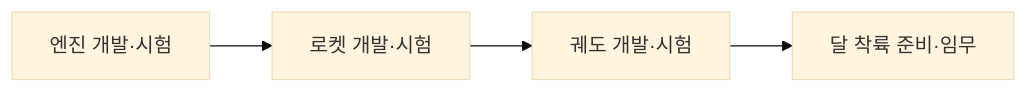
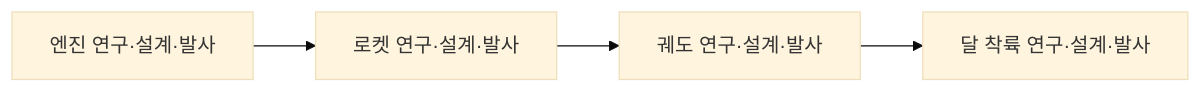
The second of 2 diagrams in docs/artemis-2026-gdd/02_전체_플레이_흐름.md (NHNAI-26/2026NHNAI), drawn with Mermaid (base theme) before and after one commit. The commit also changed other lines of this file and 18 other files, not shown here.

````diff
--- a/docs/artemis-2026-gdd/02_전체_플레이_흐름.md
+++ b/docs/artemis-2026-gdd/02_전체_플레이_흐름.md
@@ -83,6 +94,6 @@
 ```mermaid
 flowchart LR
-    E[엔진 개발·시험] --> R[로켓 개발·시험]
-    R --> O[궤도 개발·시험]
-    O --> M[달 착륙 준비·임무]
+    E[엔진 연구·설계·발사] --> R[로켓 연구·설계·발사]
+    R --> O[궤도 연구·설계·발사]
+    O --> M[달 착륙 연구·설계·발사]
 ```
````
